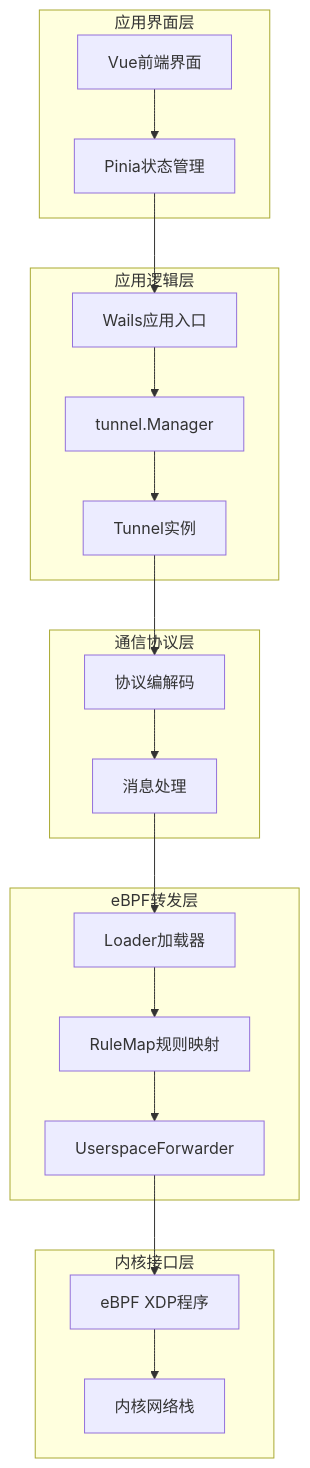
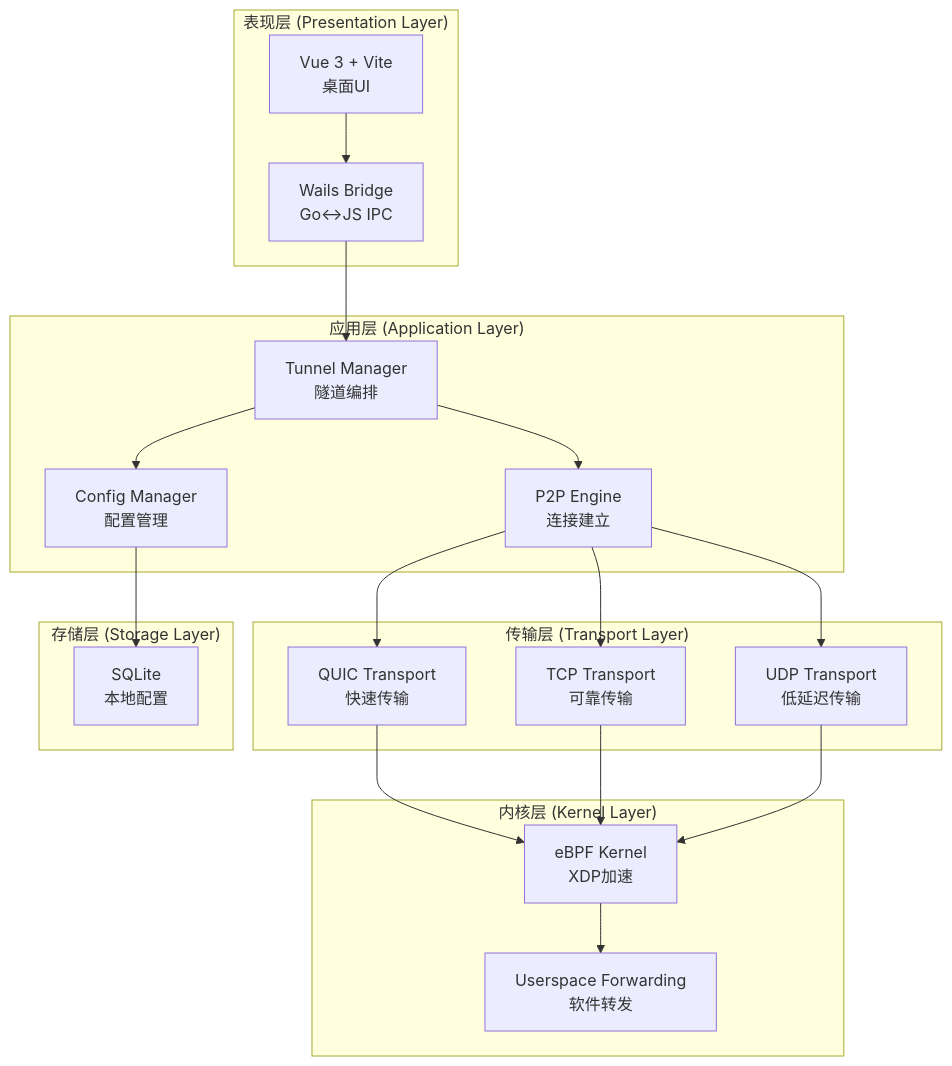
Before and after one commit to itsharex/NexTunnel: the second of 8 diagrams in .qoder/repowiki/zh/content/服务端架构/eBPF包转发系统.md, drawn with Mermaid. The commit also changed other lines of this file and 48 other files, not shown here.

````diff
--- a/.qoder/repowiki/zh/content/服务端架构/eBPF包转发系统.md
+++ b/.qoder/repowiki/zh/content/服务端架构/eBPF包转发系统.md
@@ -158,36 +121,36 @@
 ```mermaid
 graph TB
-subgraph "应用界面层"
-UI[Vue前端界面]
-STORE[Pinia状态管理]
+subgraph "表现层 (Presentation Layer)"
+UI[Vue 3 + Vite<br/>桌面UI]
+Bridge[Wails Bridge<br/>Go↔JS IPC]
 end
-subgraph "应用逻辑层"
-APP[Wails应用入口]
-MANAGER[tunnel.Manager]
-TUNNEL[Tunnel实例]
+subgraph "应用层 (Application Layer)"
+TunnelMgr[Tunnel Manager<br/>隧道编排]
+P2PEngine[P2P Engine<br/>连接建立]
+ConfigMgr[Config Manager<br/>配置管理]
 end
-subgraph "通信协议层"
-PROTO[协议编解码]
-MSG[消息处理]
+subgraph "传输层 (Transport Layer)"
+QUIC[QUIC Transport<br/>快速传输]
+TCP[TCP Transport<br/>可靠传输]
+UDP[UDP Transport<br/>低延迟传输]
 end
-subgraph "eBPF转发层"
-LOADER[Loader加载器]
-RULEMAP[RuleMap规则映射]
-FORWARDER[UserspaceForwarder]
+subgraph "内核层 (Kernel Layer)"
+EBPFKernel[eBPF Kernel<br/>XDP加速]
+Userspace[Userspace Forwarding<br/>软件转发]
 end
-subgraph "内核接口层"
-EBPF[eBPF XDP程序]
-KERNEL[内核网络栈]
+subgraph "存储层 (Storage Layer)"
+SQLite[SQLite<br/>本地配置]
 end
-UI --> STORE
-STORE --> APP
-APP --> MANAGER
-MANAGER --> TUNNEL
-TUNNEL --> PROTO
-PROTO --> MSG
-MSG --> LOADER
-LOADER --> RULEMAP
-RULEMAP --> FORWARDER
-FORWARDER --> EBPF
-EBPF --> KERNEL
+UI --> Bridge
+Bridge --> TunnelMgr
+TunnelMgr --> P2PEngine
+TunnelMgr --> ConfigMgr
+P2PEngine --> QUIC
+P2PEngine --> TCP
+P2PEngine --> UDP
+QUIC --> EBPFKernel
+TCP --> EBPFKernel
+UDP --> EBPFKernel
+EBPFKernel --> Userspace
+ConfigMgr --> SQLite
 ```
````
